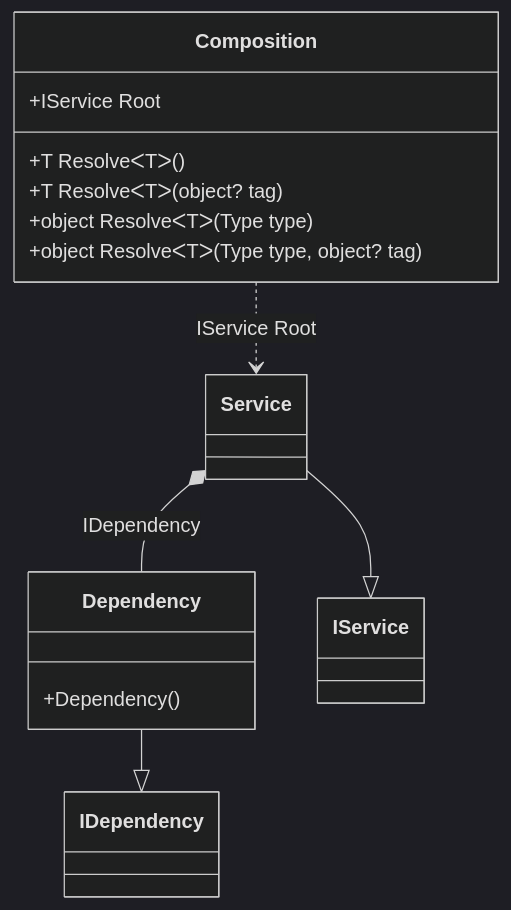
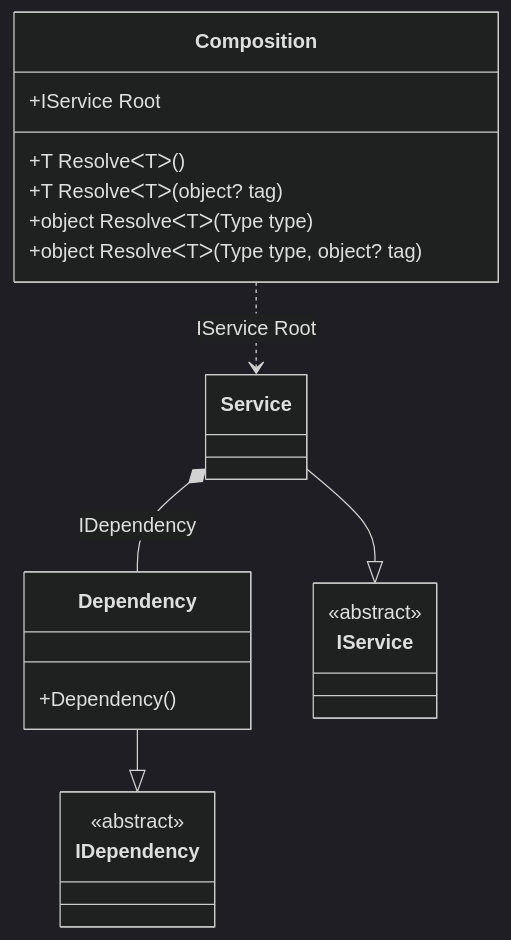
The fourth of 35 diagrams in readme/Examples.md (DevTeam/Pure.DI), drawn with Mermaid (dark theme) before and after one commit. The commit also changed other lines of this file and 3 other files, not shown here.

````diff
--- a/readme/Examples.md
+++ b/readme/Examples.md
@@ -277,18 +295,24 @@
 ```mermaid
 classDiagram
-class Composition {
-+IService Root
-+T ResolveᐸTᐳ()
-+T ResolveᐸTᐳ(object? tag)
-+object ResolveᐸTᐳ(Type type)
-+object ResolveᐸTᐳ(Type type, object? tag)
-}
-Dependency --|> IDependency : 
-class Dependency {
-+Dependency()
-}
-Service --|> IService : 
-class Service
-Composition ..> Service : IService Root
-Service *--  Dependency : IDependency
+  class Composition {
+    +IService Root
+    +T ResolveᐸTᐳ()
+    +T ResolveᐸTᐳ(object? tag)
+    +object ResolveᐸTᐳ(Type type)
+    +object ResolveᐸTᐳ(Type type, object? tag)
+  }
+  Dependency --|> IDependency : 
+  class Dependency {
+    +Dependency()
+  }
+  Service --|> IService : 
+  class Service
+  class IDependency {
+    <<abstract>>
+  }
+  class IService {
+    <<abstract>>
+  }
+  Composition ..> Service : IService Root
+  Service *--  Dependency : IDependency
 ```
````
